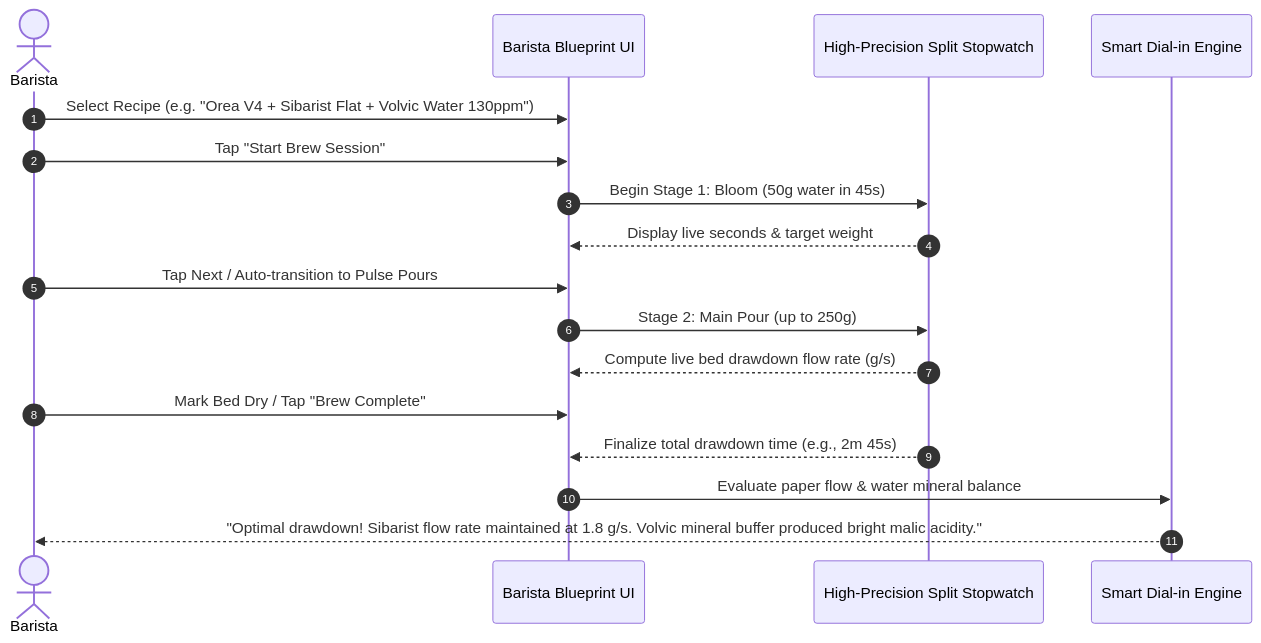
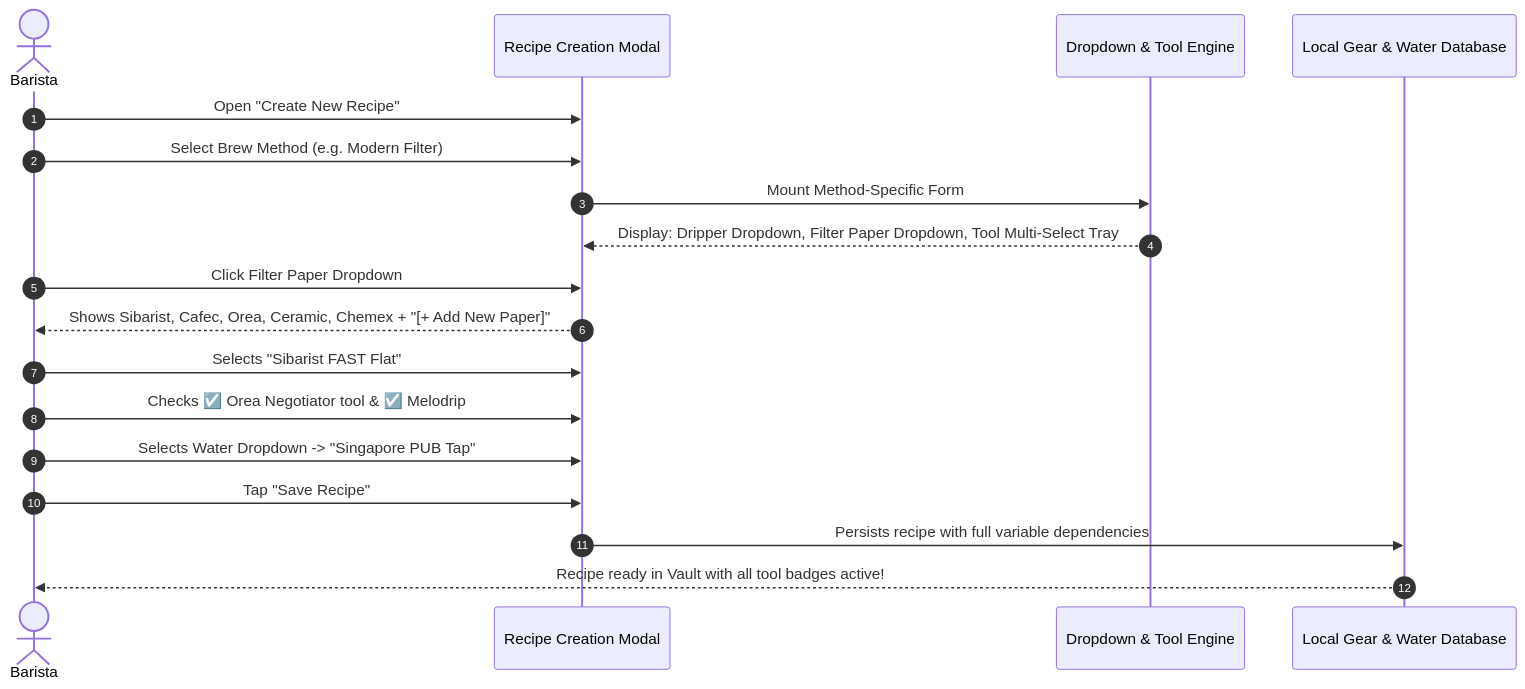
The third of 3 diagrams in PLAN.md (VictoriaC128/CoffeeWorks), drawn with Mermaid before and after one commit. The commit also changed other lines of this file, not shown here.

Commit message:
Expand planning: customizable recipe builder with granular variable dropdowns and multi-tool selection

````diff
--- a/PLAN.md
+++ b/PLAN.md
@@ -128,20 +275,21 @@
 ```mermaid
 sequenceDiagram
     autonumber
     actor Barista
-    participant App as Barista Blueprint UI
-    participant Timer as High-Precision Split Stopwatch
-    participant Advisor as Smart Dial-in Engine
+    participant Modal as Recipe Creation Modal
+    participant Engine as Dropdown & Tool Engine
+    participant DB as Local Gear & Water Database
 
-    Barista->>App: Select Recipe (e.g. "Orea V4 + Sibarist Flat + Volvic Water 130ppm")
-    Barista->>App: Tap "Start Brew Session"
-    App->>Timer: Begin Stage 1: Bloom (50g water in 45s)
-    Timer-->>App: Display live seconds & target weight
-    Barista->>App: Tap Next / Auto-transition to Pulse Pours
-    App->>Timer: Stage 2: Main Pour (up to 250g)
-    Timer-->>App: Compute live bed drawdown flow rate (g/s)
-    Barista->>App: Mark Bed Dry / Tap "Brew Complete"
-    Timer-->>App: Finalize total drawdown time (e.g., 2m 45s)
-    App->>Advisor: Evaluate paper flow & water mineral balance
-    Advisor-->>Barista: "Optimal drawdown! Sibarist flow rate maintained at 1.8 g/s. Volvic mineral buffer produced bright malic acidity."
+    Barista->>Modal: Open "Create New Recipe"
+    Barista->>Modal: Select Brew Method (e.g. Modern Filter)
+    Modal->>Engine: Mount Method-Specific Form
+    Engine-->>Modal: Display: Dripper Dropdown, Filter Paper Dropdown, Tool Multi-Select Tray
+    Barista->>Modal: Click Filter Paper Dropdown
+    Modal-->>Barista: Shows Sibarist, Cafec, Orea, Ceramic, Chemex + "[+ Add New Paper]"
+    Barista->>Modal: Selects "Sibarist FAST Flat"
+    Barista->>Modal: Checks ☑️ Orea Negotiator tool & ☑️ Melodrip
+    Barista->>Modal: Selects Water Dropdown -> "Singapore PUB Tap"
+    Barista->>Modal: Tap "Save Recipe"
+    Modal->>DB: Persists recipe with full variable dependencies
+    DB-->>Barista: Recipe ready in Vault with all tool badges active!
 ```
````
